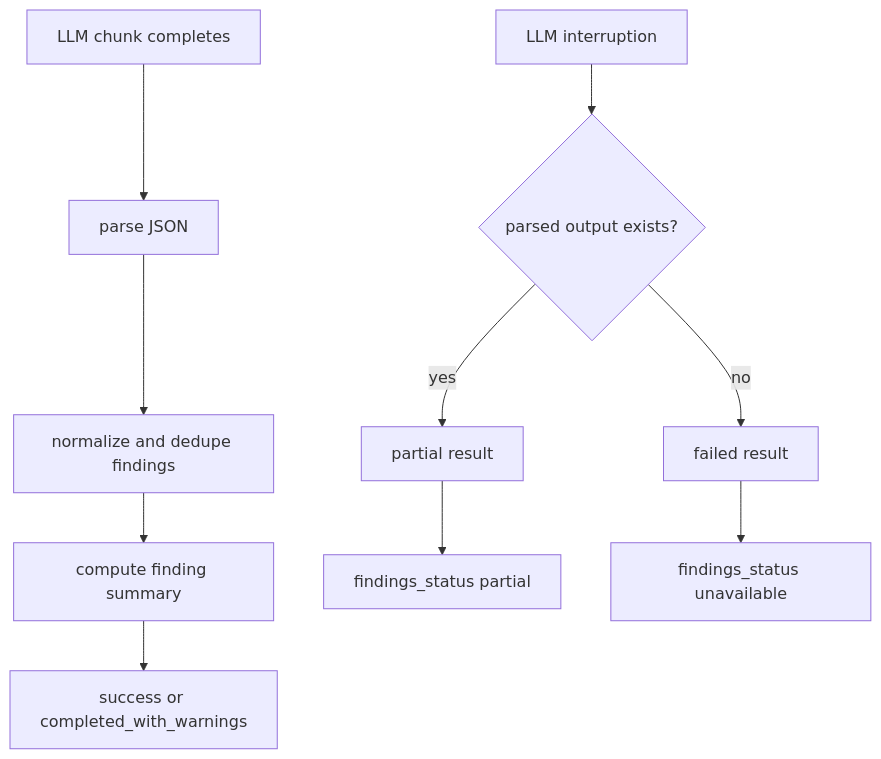
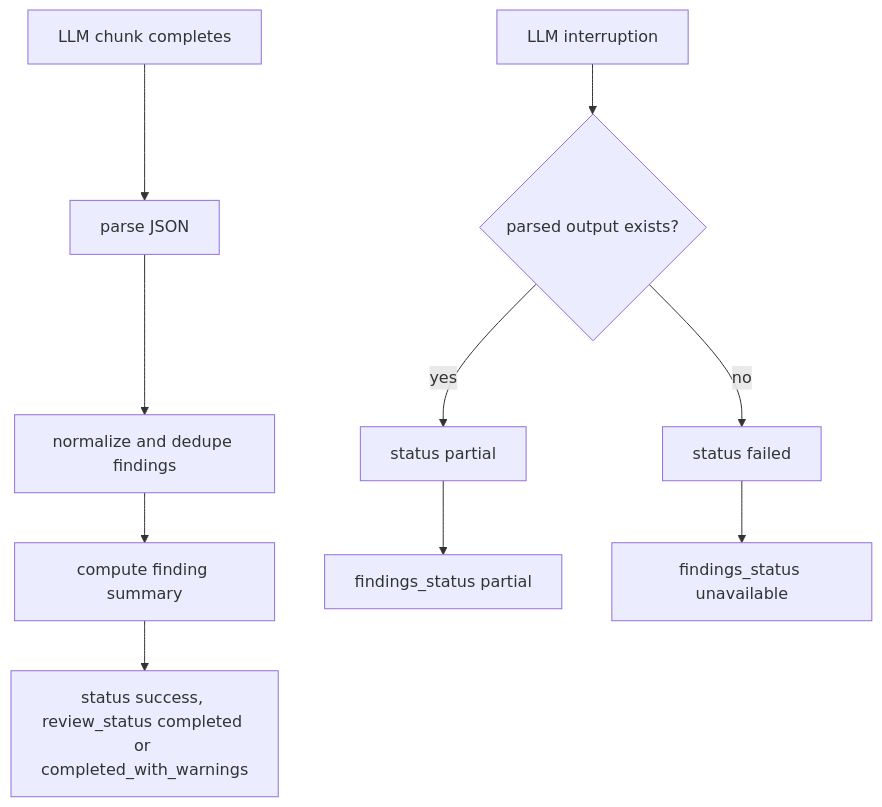
One commit to scottopell/phoenix-ide changed the second of 2 diagrams in specs/commission-review/design.md. Above: the diagram before and after it, drawn with Mermaid. The commit also changed 1 other file, not shown here.

Commit message:
fix: refine commission review stage diagnostics

````diff
--- a/specs/commission-review/design.md
+++ b/specs/commission-review/design.md
@@ -121,13 +121,13 @@
 ```mermaid
 flowchart TD
-  A[LLM chunk completes] --> B[parse JSON]
-  B --> C[normalize and dedupe findings]
-  C --> D[compute finding summary]
-  D --> E[success or completed_with_warnings]
+  A["LLM chunk completes"] --> B["parse JSON"]
+  B --> C["normalize and dedupe findings"]
+  C --> D["compute finding summary"]
+  D --> E["status success, review_status completed or completed_with_warnings"]
 
-  F[LLM interruption] --> G{parsed output exists?}
-  G -->|yes| H[partial result]
-  G -->|no| I[failed result]
-  H --> J[findings_status partial]
-  I --> K[findings_status unavailable]
+  F["LLM interruption"] --> G{"parsed output exists?"}
+  G -->|yes| H["status partial"]
+  G -->|no| I["status failed"]
+  H --> J["findings_status partial"]
+  I --> K["findings_status unavailable"]
 ```
````
